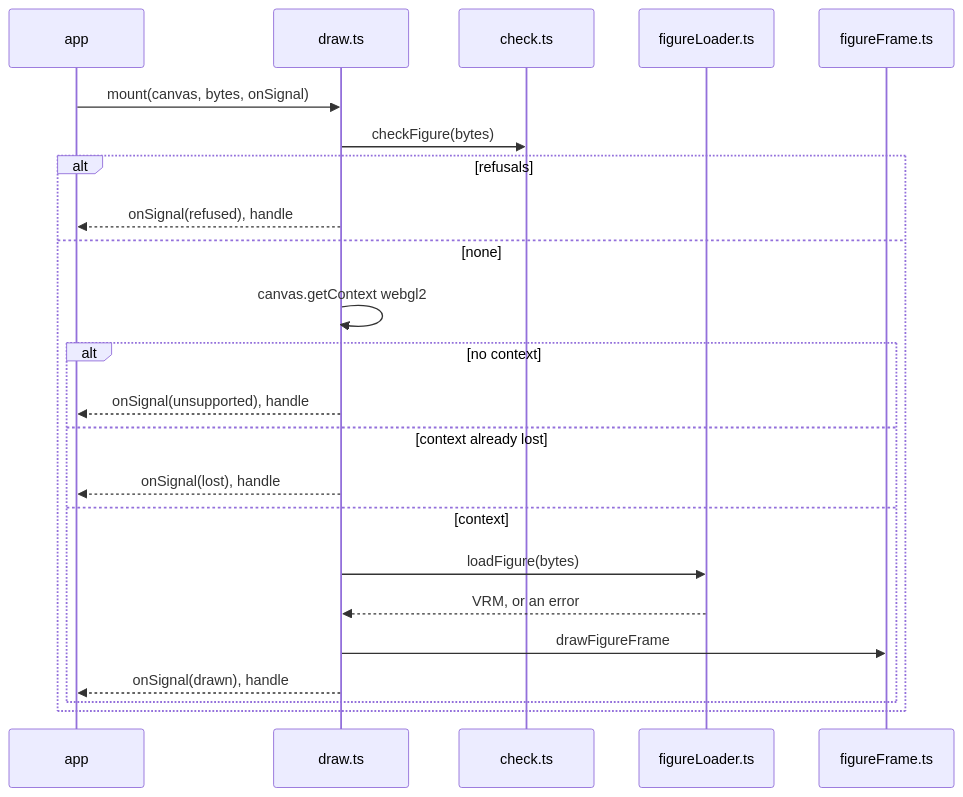
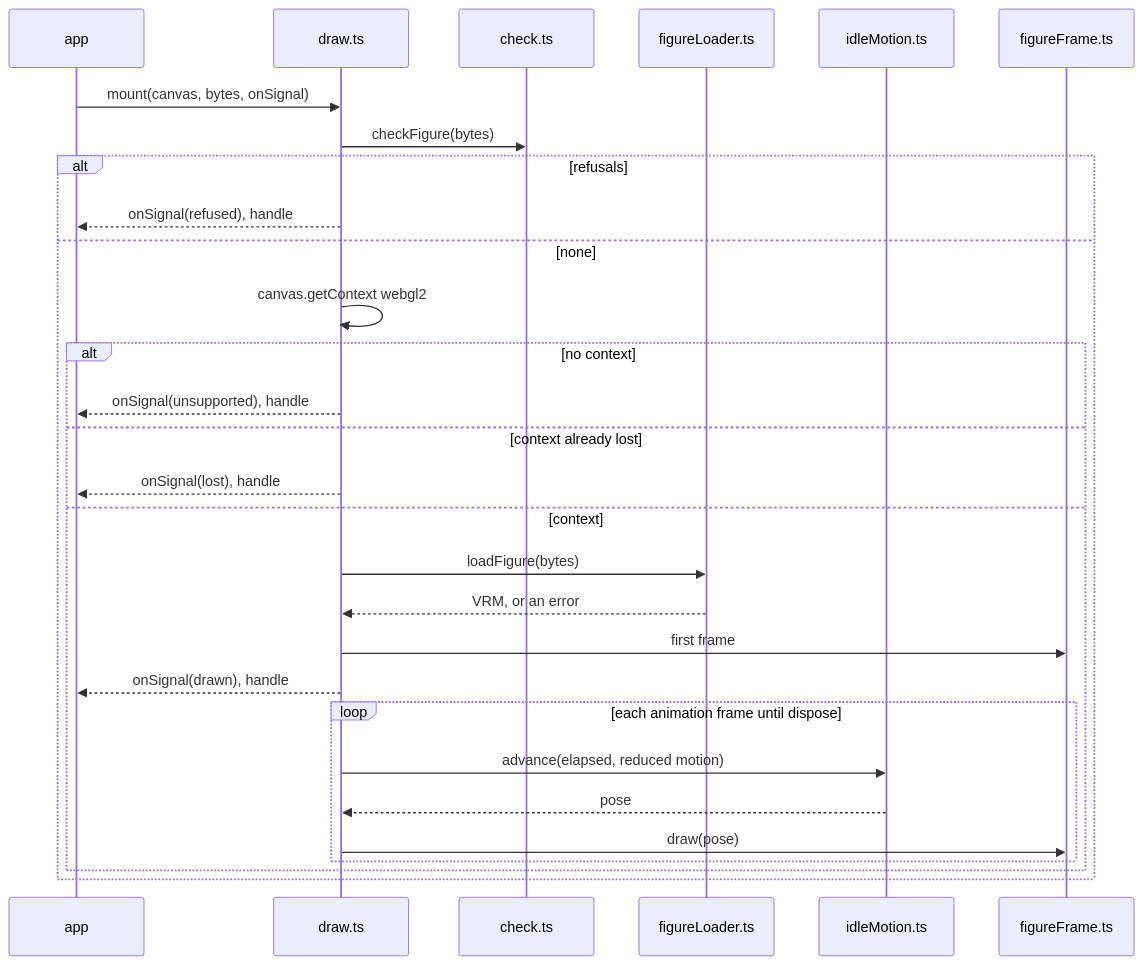
The fourth of 4 diagrams in docs/ARCHITECTURE.md (overnightworks/figure), drawn with Mermaid before and after one commit. The commit also changed other lines of this file and 6 other files, not shown here.

First line of the commit message:
Give a drawn figure its idle life: breathing, blinking, glancing (#29)

````diff
--- a/docs/ARCHITECTURE.md
+++ b/docs/ARCHITECTURE.md
@@ -94,25 +94,31 @@
 ```mermaid
 sequenceDiagram
     participant A as app
     participant M as draw.ts
     participant K as check.ts
     participant L as figureLoader.ts
+    participant I as idleMotion.ts
     participant F as figureFrame.ts
     A->>M: mount(canvas, bytes, onSignal)
     M->>K: checkFigure(bytes)
     alt refusals
         M-->>A: onSignal(refused), handle
     else none
         M->>M: canvas.getContext webgl2
         alt no context
             M-->>A: onSignal(unsupported), handle
         else context already lost
             M-->>A: onSignal(lost), handle
         else context
             M->>L: loadFigure(bytes)
             L-->>M: VRM, or an error
-            M->>F: drawFigureFrame
+            M->>F: first frame
             M-->>A: onSignal(drawn), handle
+            loop each animation frame until dispose
+                M->>I: advance(elapsed, reduced motion)
+                I-->>M: pose
+                M->>F: draw(pose)
+            end
         end
     end
 ```
````
